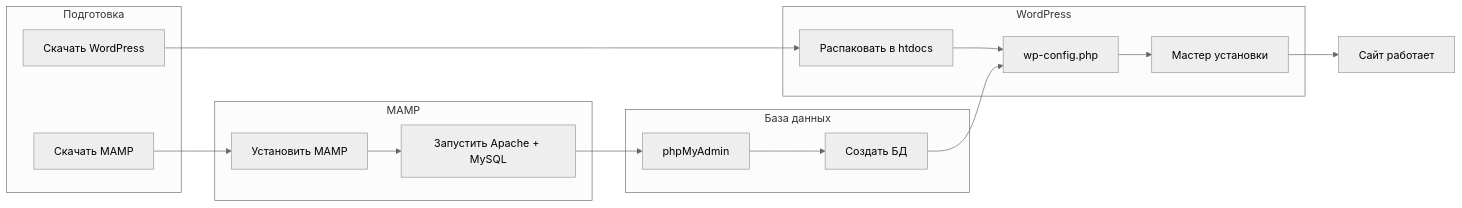
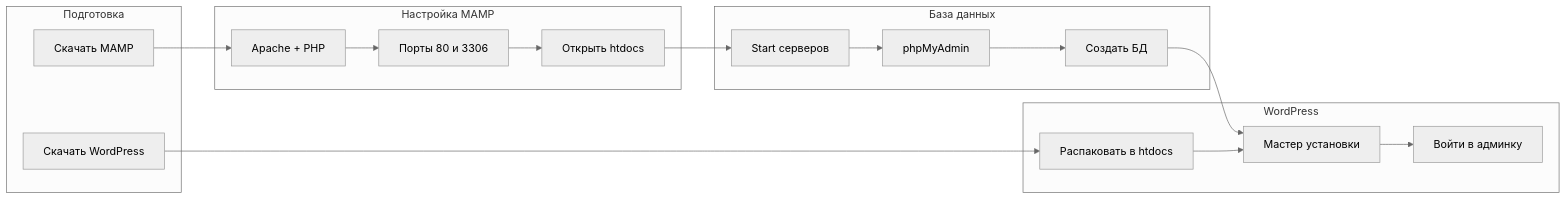
The diagram in README.md (aleksandr-mazhul/mamp-wordpress-guide), drawn with Mermaid (neutral theme) before and after one commit. The commit also changed other lines of this file and 36 other files, not shown here.

````diff
--- a/README.md
+++ b/README.md
@@ -43,25 +51,27 @@
 ```mermaid
 flowchart LR
     subgraph prep [Подготовка]
         A[Скачать MAMP]
         B[Скачать WordPress]
     end
-    subgraph mamp [MAMP]
-        C[Установить MAMP]
-        D[Запустить Apache + MySQL]
+    subgraph mamp [Настройка MAMP]
+        C[Apache + PHP]
+        D["Порты 80 и 3306"]
+        E[Открыть htdocs]
     end
     subgraph db [База данных]
-        E[phpMyAdmin]
-        F[Создать БД]
+        F[Start серверов]
+        G[phpMyAdmin]
+        H[Создать БД]
     end
     subgraph wp [WordPress]
-        G[Распаковать в htdocs]
-        H[wp-config.php]
-        I[Мастер установки]
+        I[Распаковать в htdocs]
+        J[Мастер установки]
+        K[Войти в админку]
     end
-    A --> C --> D
-    D --> E --> F
-    B --> G --> H --> I
-    F --> H
-    I --> J[Сайт работает]
+    A --> C --> D --> E
+    B --> I
+    E --> F --> G --> H
+    H --> J
+    I --> J --> K
 ```
````
